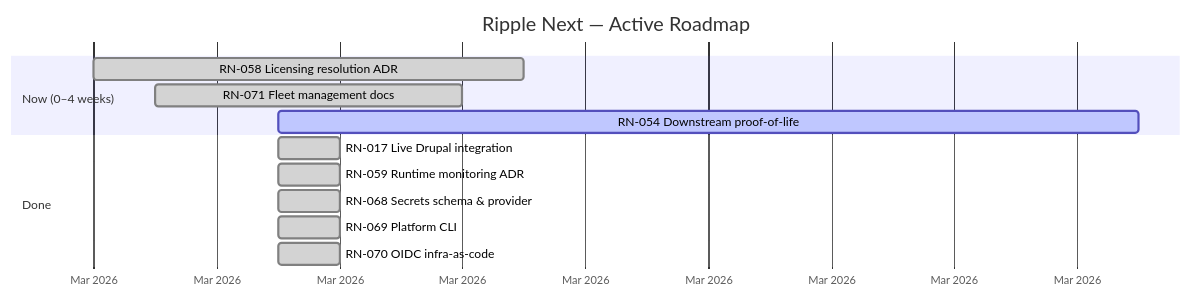
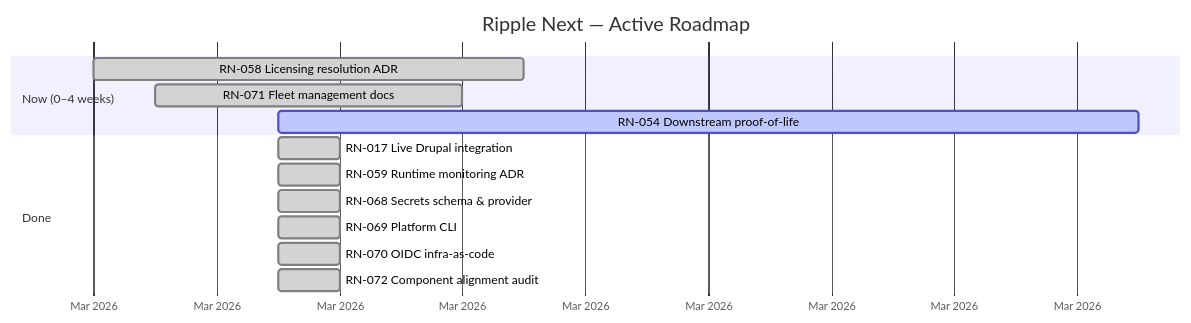
Before and after one commit to jbejenar/ripple-next: the diagram in docs/product-roadmap/README.md, drawn with Mermaid. The commit also changed other lines of this file and 27 other files, not shown here.

````diff
--- a/docs/product-roadmap/README.md
+++ b/docs/product-roadmap/README.md
@@ -16,19 +16,19 @@
 ```mermaid
 gantt
     title Ripple Next — Active Roadmap
     dateFormat YYYY-MM-DD
     axisFormat %b %Y
 
     section Now (0–4 weeks)
     RN-058 Licensing resolution ADR        :done, rn058, 2026-03-03, 7d
     RN-071 Fleet management docs           :done, rn071, 2026-03-04, 5d
     RN-054 Downstream proof-of-life        :active, rn054, 2026-03-06, 14d
 
     section Done
     RN-017 Live Drupal integration         :done, rn017, 2026-03-06, 1d
     RN-059 Runtime monitoring ADR          :done, rn059, 2026-03-06, 1d
     RN-068 Secrets schema & provider       :done, rn068, 2026-03-06, 1d
     RN-069 Platform CLI                    :done, rn069, 2026-03-06, 1d
-
     RN-070 OIDC infra-as-code              :done, rn070, 2026-03-06, 1d
+    RN-072 Component alignment audit       :done, rn072, 2026-03-06, 1d
 ```
````
